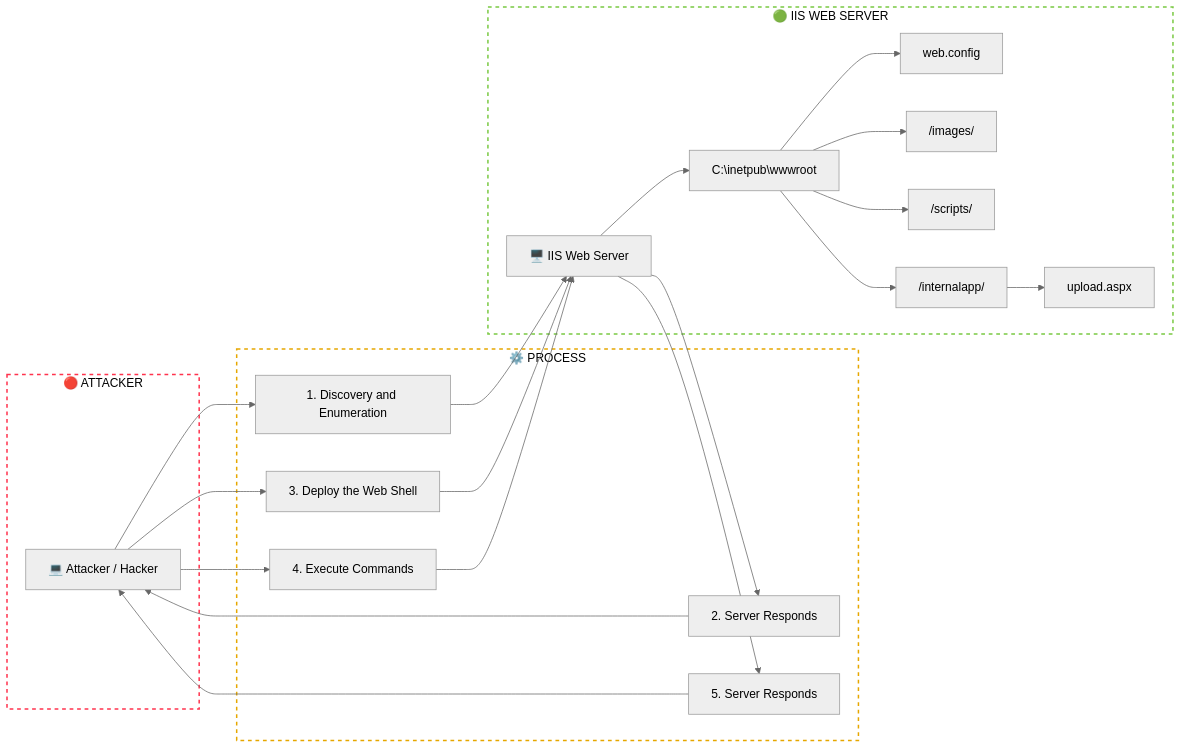
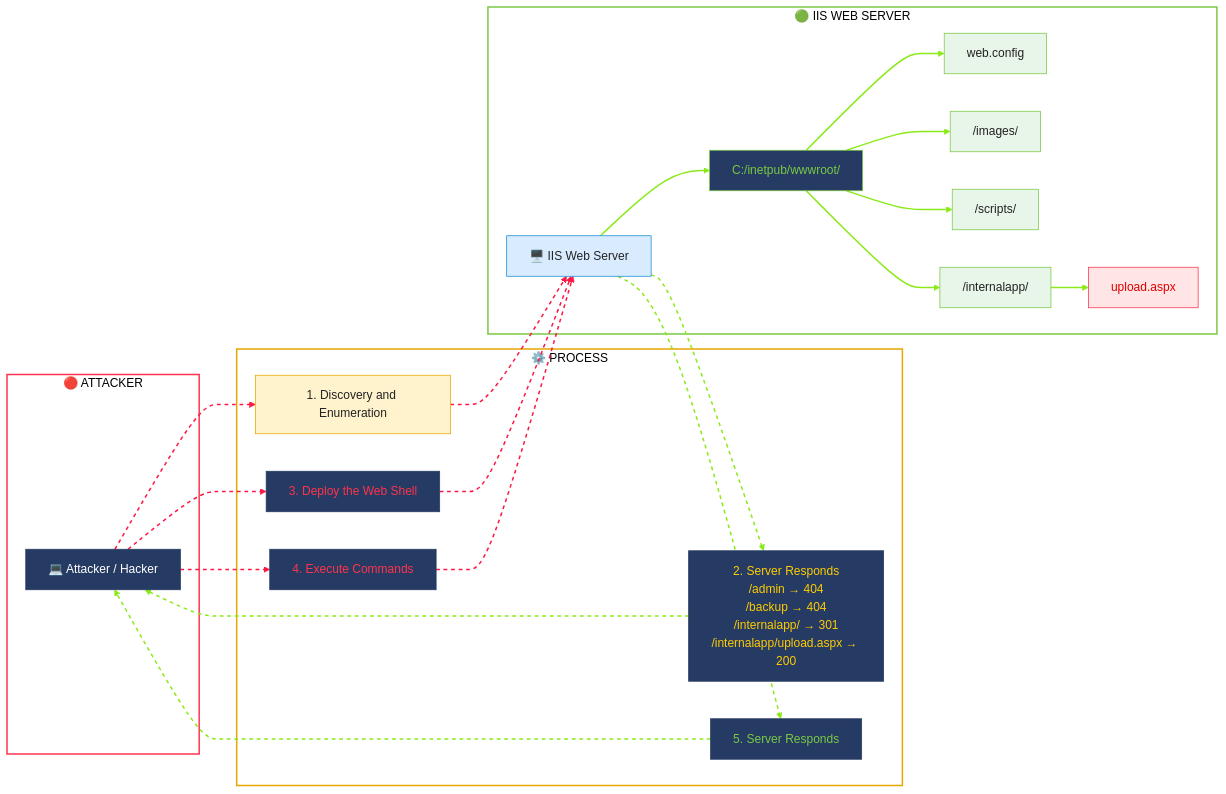
Before and after one commit to farizrepo/soc: the diagram in 01-Active-Directory/Initial-Access-Investigation.md, drawn with Mermaid (neutral theme). The commit also changed other lines of this file, not shown here.

````diff
--- a/01-Active-Directory/Initial-Access-Investigation.md
+++ b/01-Active-Directory/Initial-Access-Investigation.md
@@ -4,46 +4,72 @@
 ```mermaid
 graph LR;
 subgraph ATTACKER["🔴 ATTACKER"]
         A["💻 Attacker / Hacker"]
     end
 
     subgraph PROCESS["⚙️ PROCESS"]
         P1["1. Discovery and Enumeration"]
-        P2["2. Server Responds"]
+        P2["2. Server Responds<br/>/admin → 404<br/>/backup → 404<br/>/internalapp/ → 301<br/>/internalapp/upload.aspx → 200"]
         P3["3. Deploy the Web Shell"]
         P4["4. Execute Commands"]
         P5["5. Server Responds"]
     end
 
     subgraph SERVER["🟢 IIS WEB SERVER"]
         S1["🖥️ IIS Web Server"]
-        S2["C:\inetpub\wwwroot"]
+        S2["C:/inetpub/wwwroot/"]
         S3["web.config"]
         S4["/images/"]
         S5["/scripts/"]
         S6["/internalapp/"]
         S7["upload.aspx"]
 
         S1 --> S2
         S2 --> S3
         S2 --> S4
         S2 --> S5
         S2 --> S6
         S6 --> S7
     end
 
     A --> P1
     P1 --> S1
     S1 --> P2
     P2 --> A
     A --> P3
     P3 --> S1
     A --> P4
     P4 --> S1
     S1 --> P5
     P5 --> A
 
-    style ATTACKER fill:#ffffff,stroke:#ff334d,stroke-width:2px,stroke-dasharray:5 5,color:#000000
-    style PROCESS fill:#ffffff,stroke:#e6a700,stroke-width:2px,stroke-dasharray:5 5,color:#000000
-    style SERVER fill:#ffffff,stroke:#7ac943,stroke-width:2px,stroke-dasharray:5 5,color:#000000
+    %% BOX COLORS
+    style ATTACKER fill:#ffffff,stroke:#ff334d,stroke-width:2px,color:#000
+    style PROCESS fill:#ffffff,stroke:#e6a700,stroke-width:2px,color:#000
+    style SERVER fill:#ffffff,stroke:#7ac943,stroke-width:2px,color:#000
+
+    %% NODE COLORS
+    style A fill:#263b63,color:#ffffff,stroke:#263b63
+    style P1 fill:#fff3cd,color:#222,stroke:#e6a700
+    style P2 fill:#263b63,color:#ffcc00,stroke:#263b63
+    style P3 fill:#263b63,color:#ff334d,stroke:#263b63
+    style P4 fill:#263b63,color:#ff334d,stroke:#263b63
+    style P5 fill:#263b63,color:#7ac943,stroke:#263b63
+
+    style S1 fill:#d9ecff,color:#222,stroke:#168bd2
+    style S2 fill:#263b63,color:#7ac943,stroke:#7ac943
+    style S3 fill:#e8f5e9,color:#222,stroke:#7ac943
+    style S4 fill:#e8f5e9,color:#222,stroke:#7ac943
+    style S5 fill:#e8f5e9,color:#222,stroke:#7ac943
+    style S6 fill:#e8f5e9,color:#222,stroke:#7ac943
+    style S7 fill:#ffe5e5,color:#d00,stroke:#ff334d
+
+    %% DIRECTORY TREE - GREEN
+    linkStyle 0,1,2,3,4,5 stroke:#8bea19,stroke-width:2px
+
+    %% REQUEST FLOW - RED
+    linkStyle 6,7,10,11,12,13 stroke:#ff1744,stroke-width:2px,stroke-dasharray:5 5
+
+    %% RESPONSE FLOW - GREEN
+    linkStyle 8,9,14,15 stroke:#8bea19,stroke-width:2px,stroke-dasharray:5 5
 ```
````
